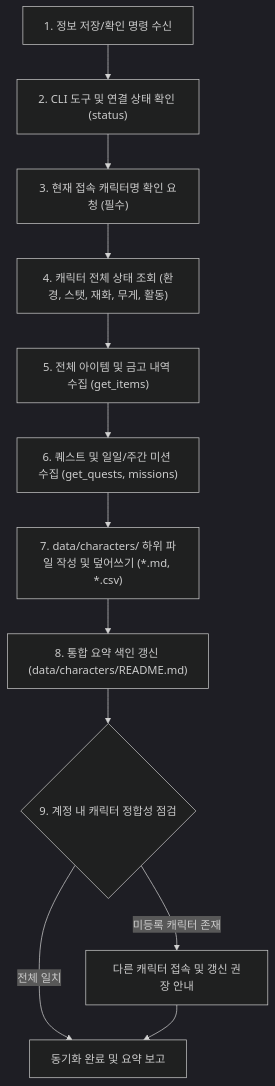
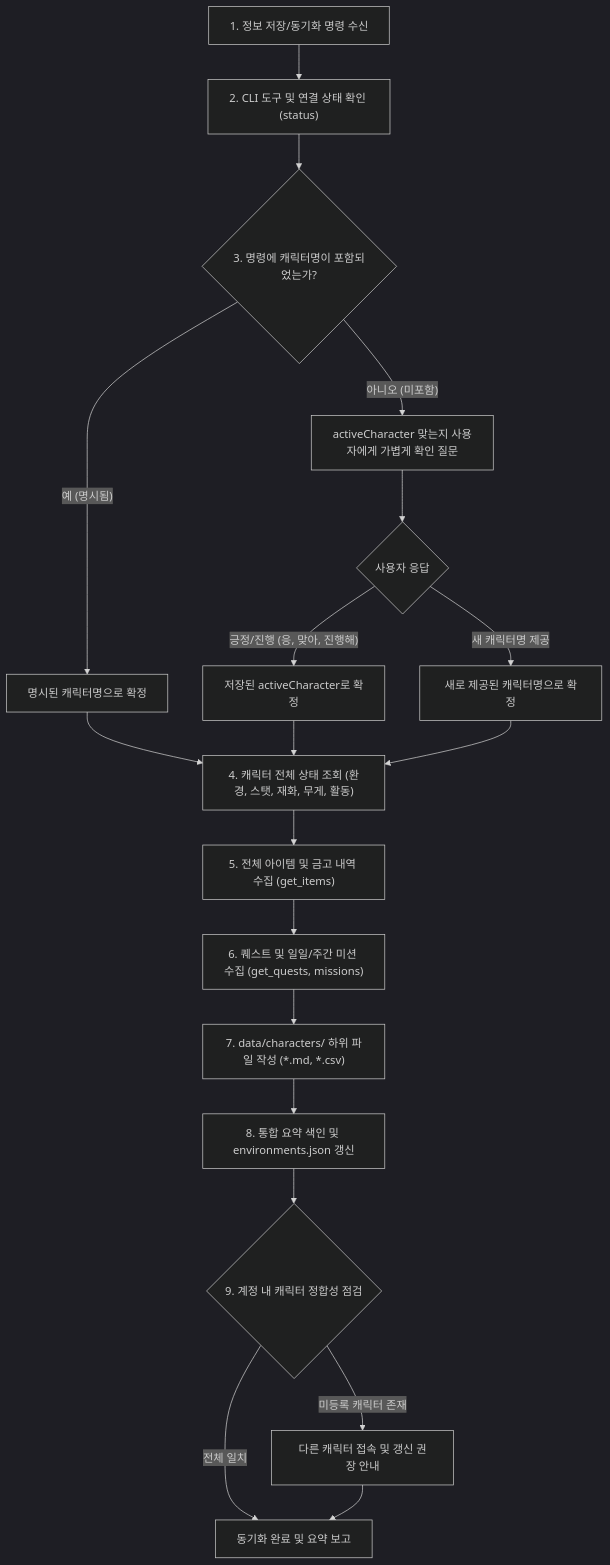
The diagram in references/workflows/info_sync.md (ernest6164/mobi-helper), drawn with Mermaid (dark theme) before and after one commit. The commit also changed other lines of this file and 2 other files, not shown here.

Commit message:
feat: 정보 갱신 시 activeCharacter 확인 및 분기 처리 워크플로우 개선

````diff
--- a/references/workflows/info_sync.md
+++ b/references/workflows/info_sync.md
@@ -11,14 +11,21 @@
 ```mermaid
 flowchart TD
-    Start["1. 정보 저장/확인 명령 수신"] --> CheckConn["2. CLI 도구 및 연결 상태 확인 (status)"]
-    CheckConn --> AskChar["3. 현재 접속 캐릭터명 확인 요청 (필수)"]
-    AskChar --> FetchAllState["4. 캐릭터 전체 상태 조회 (환경, 스탯, 재화, 무게, 활동)"]
+    Start["1. 정보 저장/동기화 명령 수신"] --> CheckConn["2. CLI 도구 및 연결 상태 확인 (status)"]
+    CheckConn --> HasName{"3. 명령에 캐릭터명이 포함되었는가?"}
+    HasName -- "예 (명시됨)" --> SetChar["명시된 캐릭터명으로 확정"]
+    HasName -- "아니오 (미포함)" --> AskActive["activeCharacter 맞는지 사용자에게 가볍게 확인 질문"]
+    AskActive --> UserReply{"사용자 응답"}
+    UserReply -- "긍정/진행 (응, 맞아, 진행해)" --> UseActive["저장된 activeCharacter로 확정"]
+    UserReply -- "새 캐릭터명 제공" --> SetNewChar["새로 제공된 캐릭터명으로 확정"]
+    SetChar --> FetchAllState["4. 캐릭터 전체 상태 조회 (환경, 스탯, 재화, 무게, 활동)"]
+    UseActive --> FetchAllState
+    SetNewChar --> FetchAllState
     FetchAllState --> FetchItems["5. 전체 아이템 및 금고 내역 수집 (get_items)"]
     FetchItems --> FetchQuests["6. 퀘스트 및 일일/주간 미션 수집 (get_quests, missions)"]
-    FetchQuests --> WriteFiles["7. data/characters/ 하위 파일 작성 및 덮어쓰기 (*.md, *.csv)"]
-    WriteFiles --> UpdateSummary["8. 통합 요약 색인 갱신 (data/characters/README.md)"]
+    FetchQuests --> WriteFiles["7. data/characters/ 하위 파일 작성 (*.md, *.csv)"]
+    WriteFiles --> UpdateSummary["8. 통합 요약 색인 및 environments.json 갱신"]
     UpdateSummary --> CheckConsistency{"9. 계정 내 캐릭터 정합성 점검"}
     CheckConsistency -- "미등록 캐릭터 존재" --> SuggestSwitch["다른 캐릭터 접속 및 갱신 권장 안내"]
     CheckConsistency -- "전체 일치" --> Finish["동기화 완료 및 요약 보고"]
     SuggestSwitch --> Finish
 ```
````
